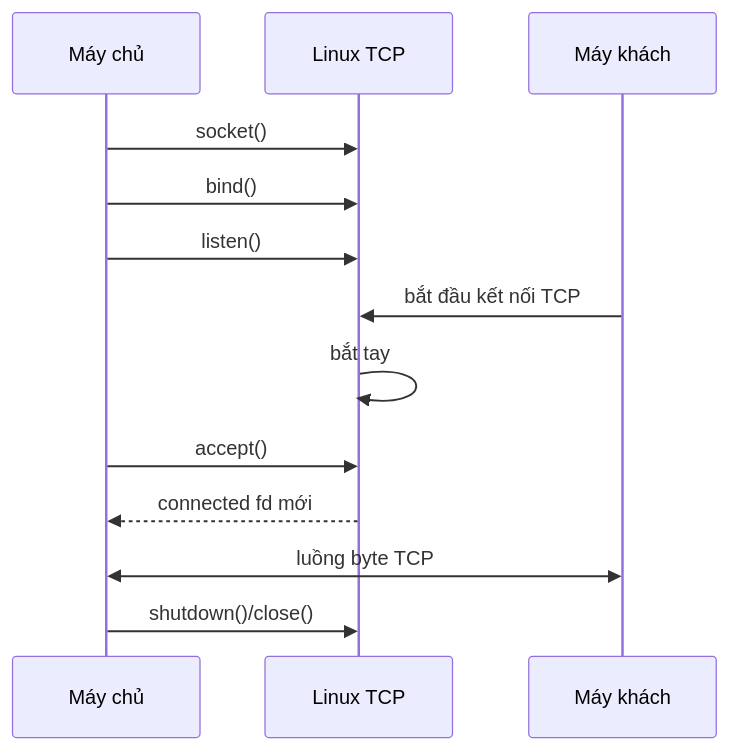
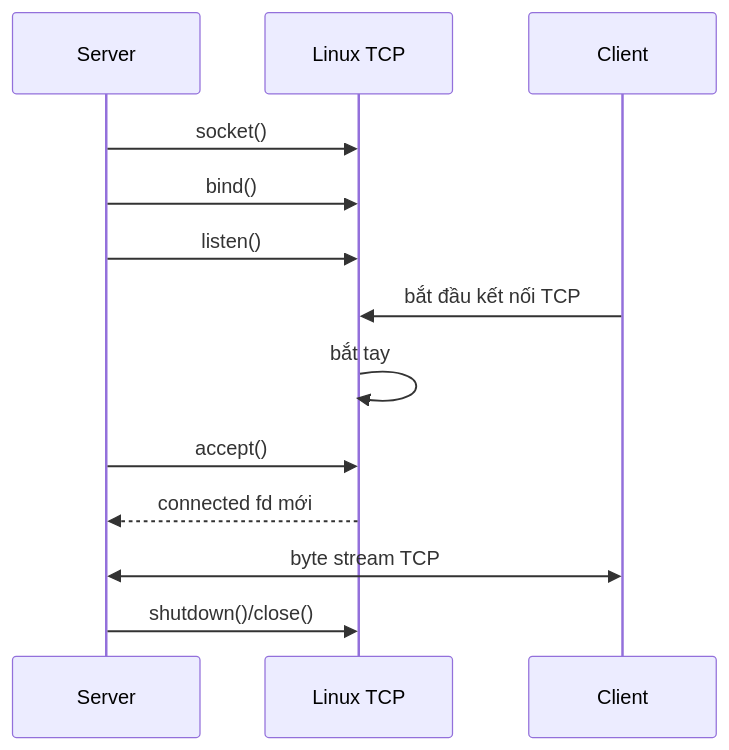
One commit to hai-kevins/embedded-linux changed the first of 2 diagrams in phase-01/README-topic-09.md. Above: the diagram before and after it, drawn with Mermaid. The commit also changed other lines of this file and 8 other files, not shown here.

````diff
--- a/phase-01/README-topic-09.md
+++ b/phase-01/README-topic-09.md
@@ -958,16 +958,16 @@
 ```mermaid
 sequenceDiagram
-    participant S as Máy chủ
+    participant S as Server
     participant K as Linux TCP
-    participant C as Máy khách
+    participant C as Client
 
     S->>K: socket()
     S->>K: bind()
     S->>K: listen()
     C->>K: bắt đầu kết nối TCP
     K->>K: bắt tay
     S->>K: accept()
     K-->>S: connected fd mới
-    S<<->>C: luồng byte TCP
+    S<<->>C: byte stream TCP
     S->>K: shutdown()/close()
 ```
````
